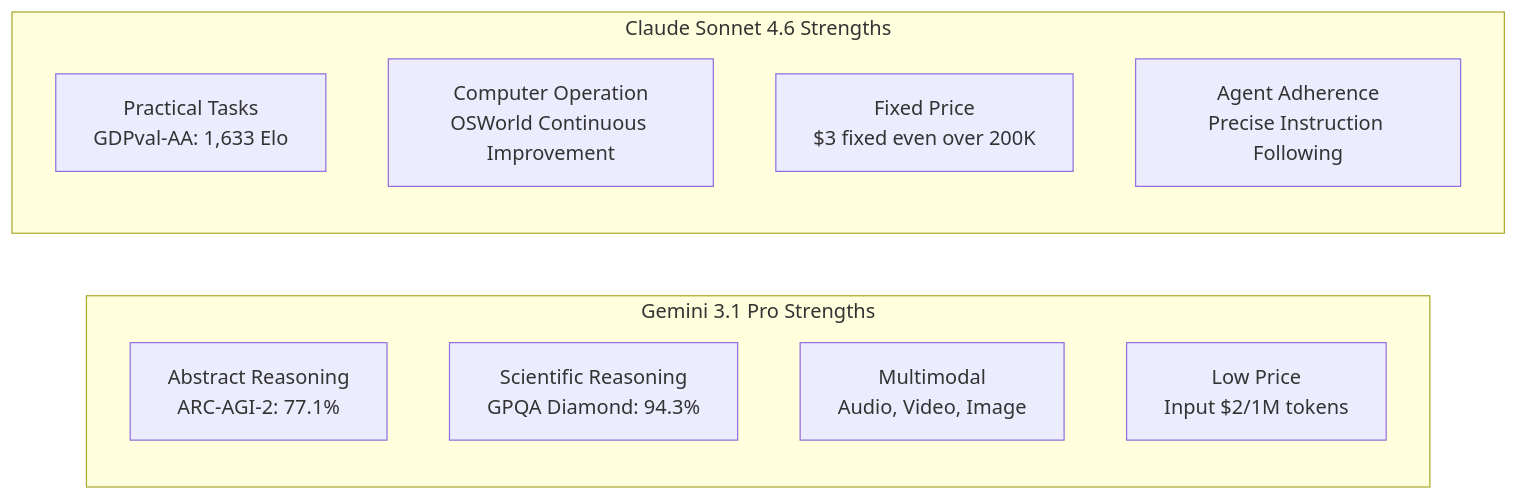
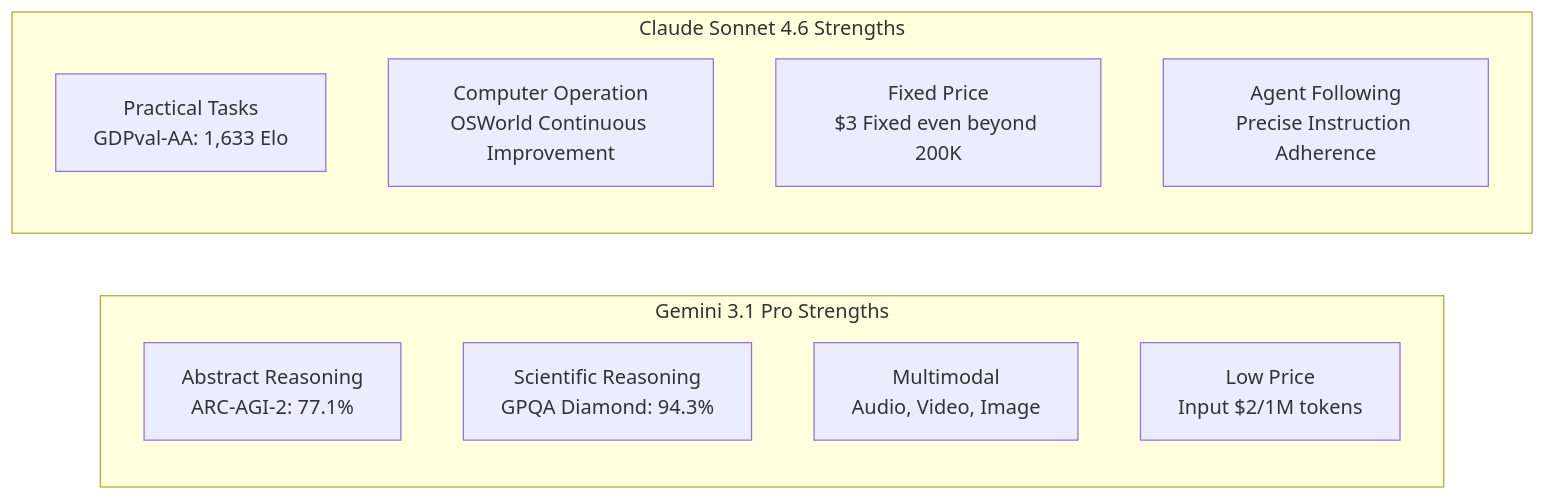
One commit to no-problem-dev/rick-brick-content changed the diagram in articles/en/2026-03-18-claude-sonnet-gemini-pro-model-race.md. Above: the diagram before and after it, drawn with Mermaid. The commit also changed other lines of this file and 126 other files, not shown here.

````diff
--- a/articles/en/2026-03-18-claude-sonnet-gemini-pro-model-race.md
+++ b/articles/en/2026-03-18-claude-sonnet-gemini-pro-model-race.md
@@ -160,15 +152,15 @@
 ```mermaid
 graph LR
     subgraph Gemini_3.1_Pro["Gemini 3.1 Pro Strengths"]
         A[Abstract Reasoning\nARC-AGI-2: 77.1%]
         B[Scientific Reasoning\nGPQA Diamond: 94.3%]
         C[Multimodal\nAudio, Video, Image]
         D[Low Price\nInput $2/1M tokens]
     end
     subgraph Claude_Sonnet_4_6["Claude Sonnet 4.6 Strengths"]
         E[Practical Tasks\nGDPval-AA: 1,633 Elo]
         F[Computer Operation\nOSWorld Continuous Improvement]
-        G[Fixed Price\n$3 fixed even over 200K]
-        H[Agent Adherence\nPrecise Instruction Following]
+        G[Fixed Price\n$3 Fixed even beyond 200K]
+        H[Agent Following\nPrecise Instruction Adherence]
     end
 ```
````
